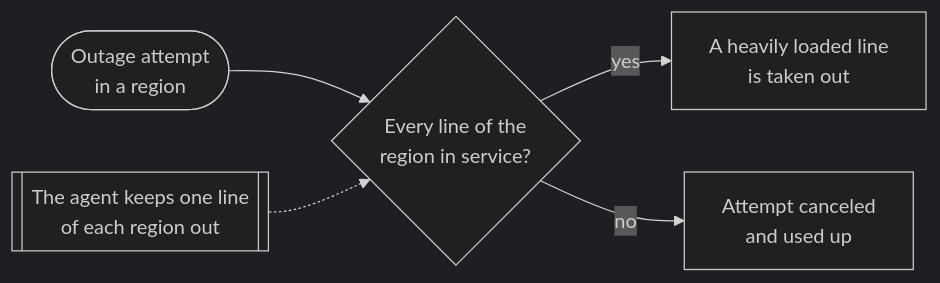
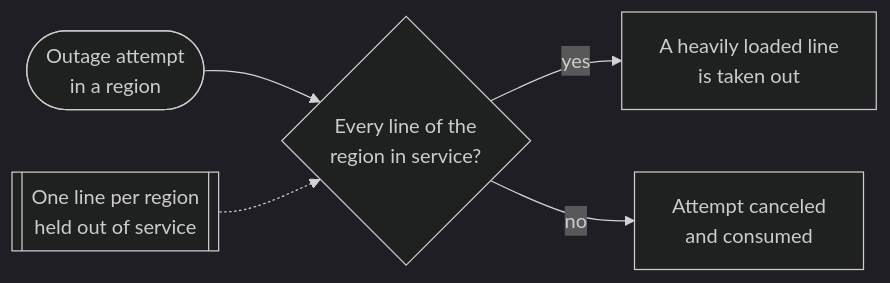
One commit to DavidKrame/RAD_agent__AI4RealNet_competition changed the first of 2 diagrams in README.md. Above: the diagram before and after it, drawn with Mermaid (dark theme). The commit also changed other lines of this file, not shown here.

````diff
--- a/README.md
+++ b/README.md
@@ -31,7 +32,7 @@
 ```mermaid
 flowchart LR
     T([Outage attempt<br/>in a region]) --> Q{Every line of the<br/>region in service?}
     Q -- yes --> X[A heavily loaded line<br/>is taken out]
-    Q -- no --> Y[Attempt canceled<br/>and used up]
-    K[[The agent keeps one line<br/>of each region out]] -.-> Q
+    Q -- no --> Y[Attempt canceled<br/>and consumed]
+    K[[One line per region<br/>held out of service]] -.-> Q
 ```
````
